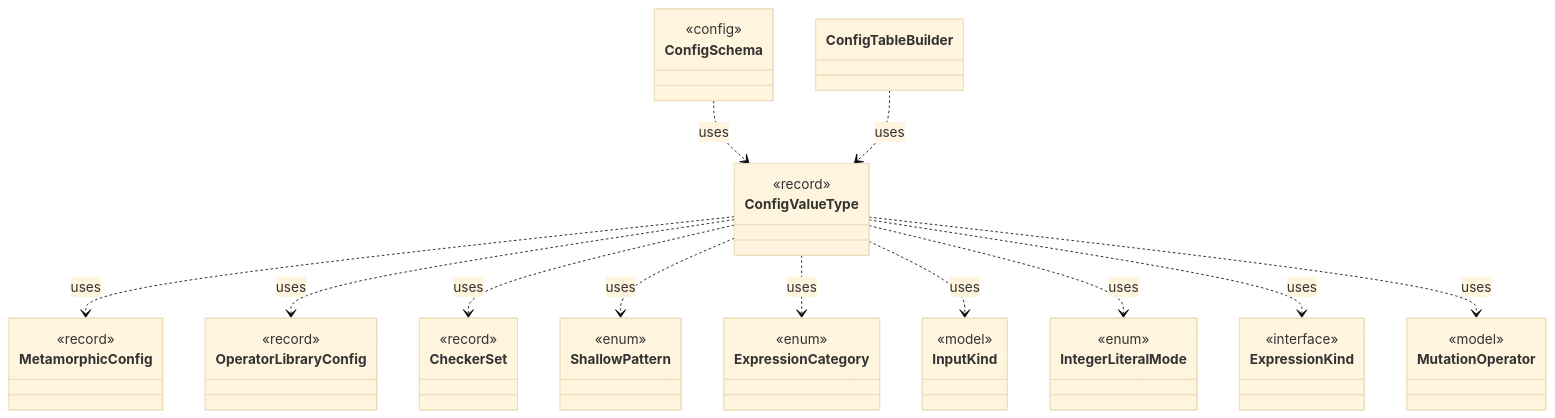
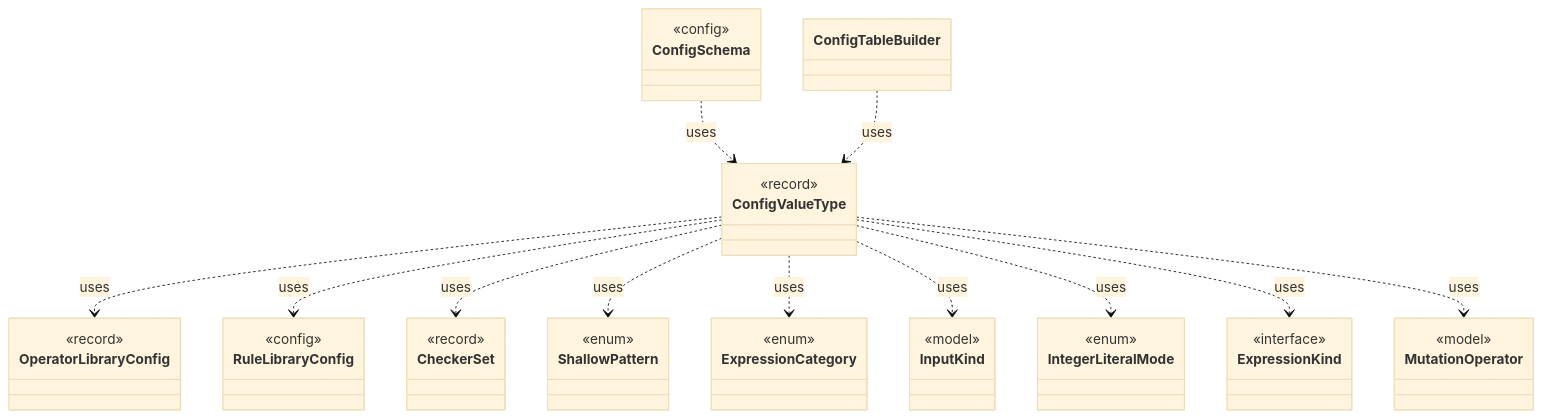
The diagram in dev/types/io.github.tlaplus.hardening.config.ConfigValueType.md (tlaplus/model-checker-hardening), drawn with Mermaid (base theme) before and after one commit. The commit also changed other lines of this file and 405 other files, not shown here.

````diff
--- a/dev/types/io.github.tlaplus.hardening.config.ConfigValueType.md
+++ b/dev/types/io.github.tlaplus.hardening.config.ConfigValueType.md
@@ -7,48 +7,48 @@
 ```mermaid
 classDiagram
   class ConfigValueType {
     <<record>>
   }
-  class MetamorphicConfig {
+  class OperatorLibraryConfig {
     <<record>>
   }
-  class OperatorLibraryConfig {
-    <<record>>
+  class RuleLibraryConfig {
+    <<config>>
   }
   class CheckerSet {
     <<record>>
   }
   class ShallowPattern {
     <<enum>>
   }
   class ExpressionCategory {
     <<enum>>
   }
   class InputKind {
     <<model>>
   }
   class IntegerLiteralMode {
     <<enum>>
   }
   class ExpressionKind {
     <<interface>>
   }
   class MutationOperator {
     <<model>>
   }
   class ConfigSchema {
     <<config>>
   }
   class ConfigTableBuilder
-  ConfigValueType ..> MetamorphicConfig : uses
   ConfigValueType ..> OperatorLibraryConfig : uses
+  ConfigValueType ..> RuleLibraryConfig : uses
   ConfigValueType ..> CheckerSet : uses
   ConfigValueType ..> ShallowPattern : uses
   ConfigValueType ..> ExpressionCategory : uses
   ConfigValueType ..> InputKind : uses
   ConfigValueType ..> IntegerLiteralMode : uses
   ConfigValueType ..> ExpressionKind : uses
   ConfigValueType ..> MutationOperator : uses
   ConfigSchema ..> ConfigValueType : uses
   ConfigTableBuilder ..> ConfigValueType : uses
 ```
````
